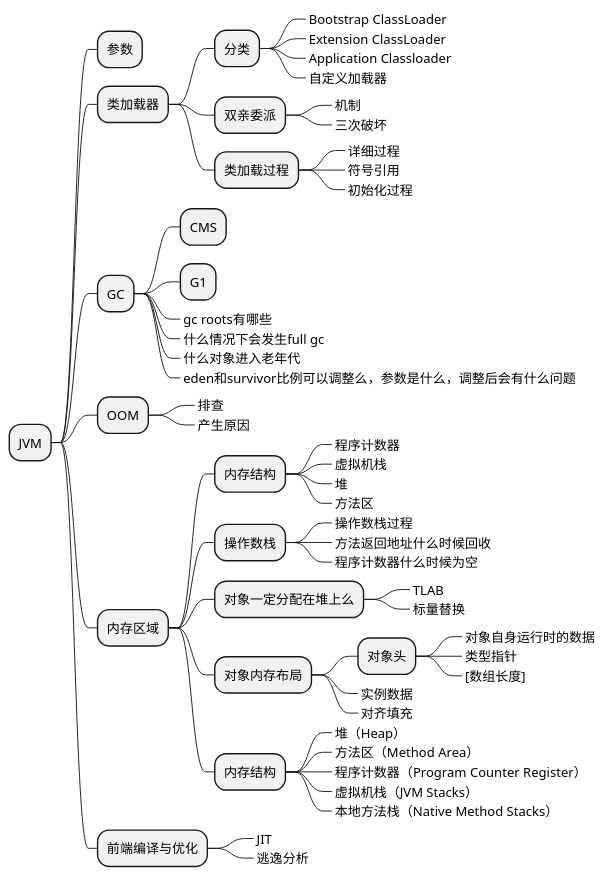
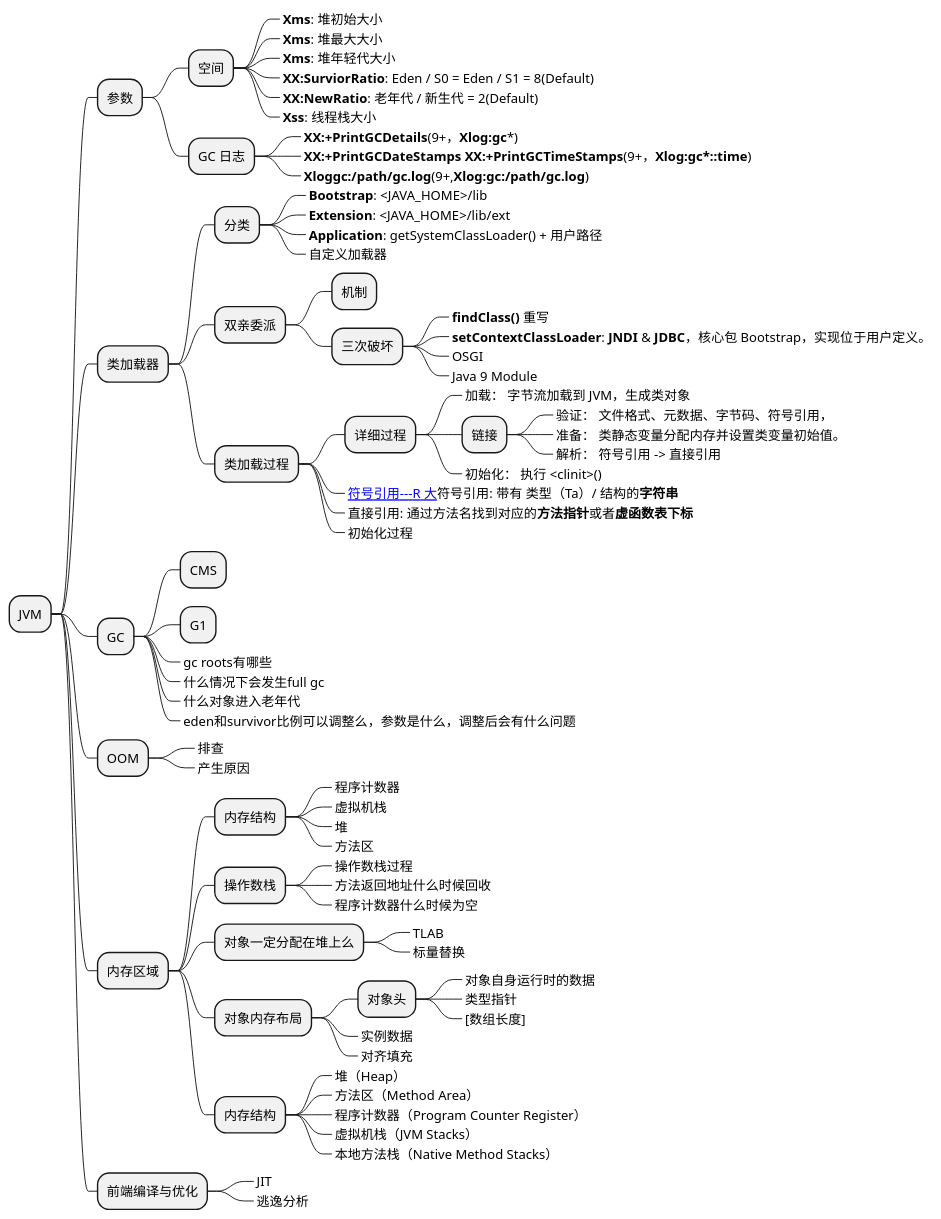
Before and after one commit to Gh0st99/Gh0st99.github.io: the second of 11 diagrams in _posts/2021-05-27-查漏补缺.md, drawn with PlantUML. The commit also changed other lines of this file and 5 other files, not shown here.

```diff
--- a/_posts/2021-05-27-查漏补缺.md
+++ b/_posts/2021-05-27-查漏补缺.md
@@ -224,19 +224,43 @@
 * JVM
 
 ** 参数
+*** 空间
+****_ **Xms**: 堆初始大小
+****_ **Xms**: 堆最大大小
+****_ **Xms**: 堆年轻代大小
+****_ **XX:SurviorRatio**: Eden / S0 = Eden / S1 = 8(Default)
+****_ **XX:NewRatio**: 老年代 / 新生代 = 2(Default)
+****_ **Xss**: 线程栈大小
+
+*** GC 日志
+****_ **XX:+PrintGCDetails**(9+，**Xlog:gc***)
+****_ **XX:+PrintGCDateStamps** **XX:+PrintGCTimeStamps**(9+，**Xlog:gc*::time**)
+****_ **Xloggc:/path/gc.log**(9+,**Xlog:gc:/path/gc.log**)
+
 
 ** 类加载器
 *** 分类
-****_ Bootstrap ClassLoader
-****_  Extension ClassLoader
-****_ Application Classloader
+****_ **Bootstrap**: <JAVA_HOME>/lib
+****_  **Extension**: <JAVA_HOME>/lib/ext 
+****_ **Application**: getSystemClassLoader() + 用户路径
 ****_ 自定义加载器
 *** 双亲委派
-****_ 机制
-****_ 三次破坏
+**** 机制
+**** 三次破坏
+*****_ **findClass()** 重写
+*****_ **setContextClassLoader**: **JNDI** & **JDBC**，核心包 Bootstrap，实现位于用户定义。 
+*****_ OSGI
+*****_ Java 9 Module
 *** 类加载过程
-****_ 详细过程
-****_ 符号引用
+**** 详细过程
+*****_ 加载： 字节流加载到 JVM，生成类对象
+***** 链接
+******_ 验证： 文件格式、元数据、字节码、符号引用，
+******_ 准备： 类静态变量分配内存并设置类变量初始值。
+******_ 解析： 符号引用 -> 直接引用
+*****_ 初始化： 执行 <clinit>()
+****_ [[https://www.zhihu.com/question/30300585/answer/51335493 符号引用---R 大]]符号引用: 带有 类型（Ta）/ 结构的**字符串**
+****_ 直接引用: 通过方法名找到对应的**方法指针**或者**虚函数表下标**
 ****_ 初始化过程
 
 
```
